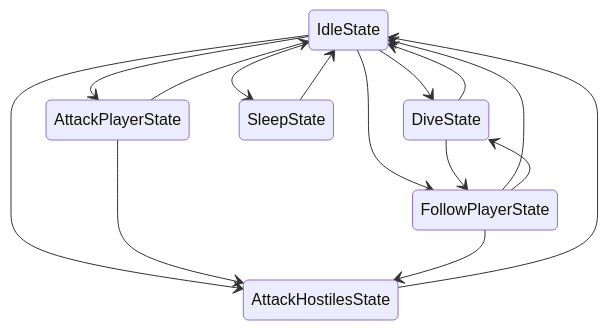
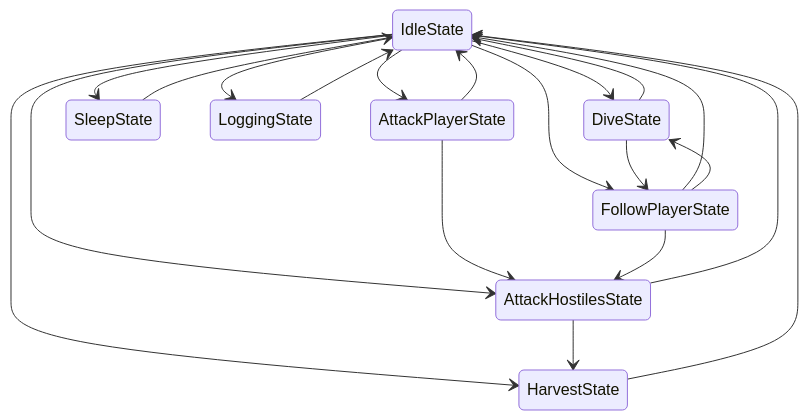
Before and after one commit to AkagawaTsurunaki/KonekoMinecraftBot: the diagram in README.md, drawn with Mermaid. The commit also changed 4 other files, not shown here.

````diff
--- a/README.md
+++ b/README.md
@@ -5,17 +5,22 @@
 ```mermaid
 stateDiagram
     IdleState --> AttackHostilesState
     IdleState --> AttackPlayerState
     IdleState --> DiveState
     IdleState --> FollowPlayerState
     IdleState --> SleepState
+    IdleState --> HarvestState
+    IdleState --> LoggingState
     AttackHostilesState --> IdleState
+    AttackHostilesState --> HarvestState
     AttackPlayerState --> IdleState
     AttackPlayerState --> AttackHostilesState
     DiveState --> IdleState
     DiveState --> FollowPlayerState
     FollowPlayerState --> IdleState
     FollowPlayerState --> DiveState
     FollowPlayerState --> AttackHostilesState
     SleepState --> IdleState
+    HarvestState --> IdleState
+    LoggingState --> IdleState
 ```
````
